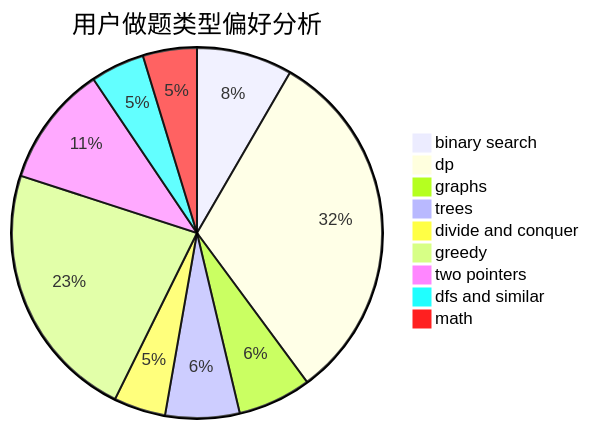
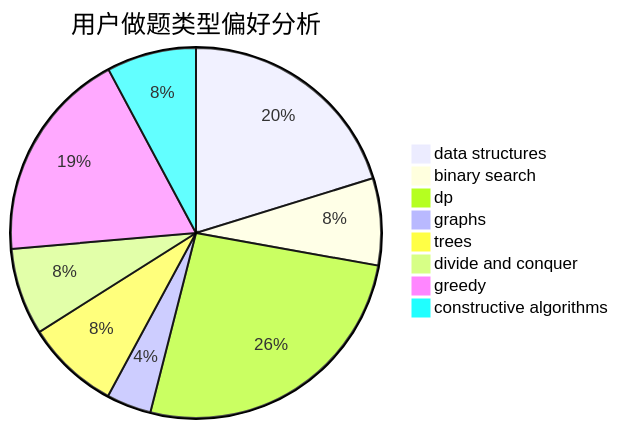
One commit to sherpahu/cfrs.github.io changed the second of 3 diagrams in docs/user/u663.md. Above: the diagram before and after it, drawn with Mermaid. The commit also changed other lines of this file and 2775 other files, not shown here.

````diff
--- a/docs/user/u663.md
+++ b/docs/user/u663.md
@@ -23,12 +23,11 @@
 ```mermaid
 pie title 用户做题类型偏好分析
-    "binary search" :  133
-    "dp" :  501
-    "graphs" :  102
-    "trees" :  103
-    "divide and conquer" :  72
-    "greedy" :  361
-    "two pointers" :  168
-    "dfs and similar" :  75
-    "math" :  75
+    "data structures" :  181
+    "binary search" :  68
+    "dp" :  234
+    "graphs" :  35
+    "trees" :  73
+    "divide and conquer" :  68
+    "greedy" :  166
+    "constructive algorithms" :  70
 ```
````
